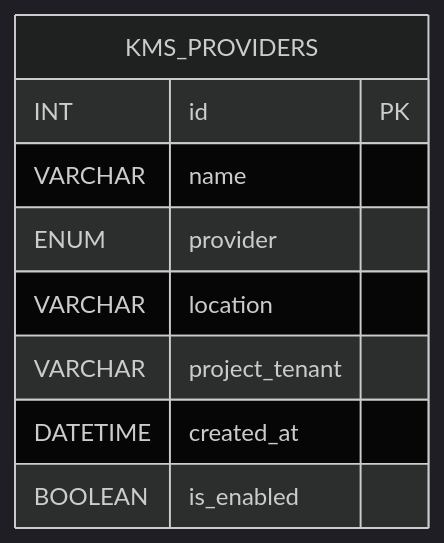
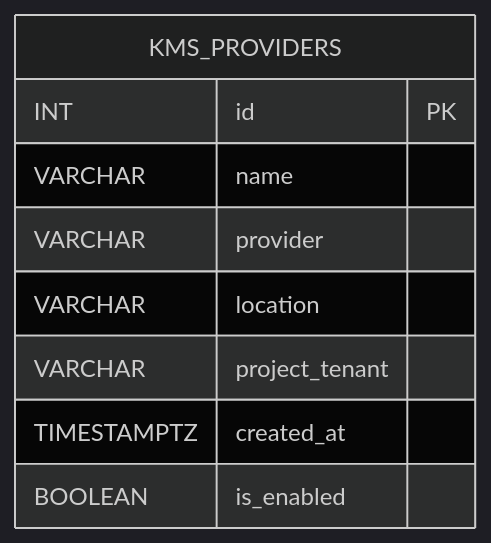
One commit to blackcatdatabase/table-kms-providers changed the diagram in README.md. Above: the diagram before and after it, drawn with Mermaid (dark theme). The commit also changed other lines of this file and 24 other files, not shown here.

First line of the commit message:
Regen schema (#1)

````diff
--- a/README.md
+++ b/README.md
@@ -50,12 +53,12 @@
 ```mermaid
 erDiagram
   KMS_PROVIDERS {
     INT id PK
     VARCHAR name
-    ENUM provider
+    VARCHAR provider
     VARCHAR location
     VARCHAR project_tenant
-    DATETIME created_at
+    TIMESTAMPTZ created_at
     BOOLEAN is_enabled
   }
 ```
````
